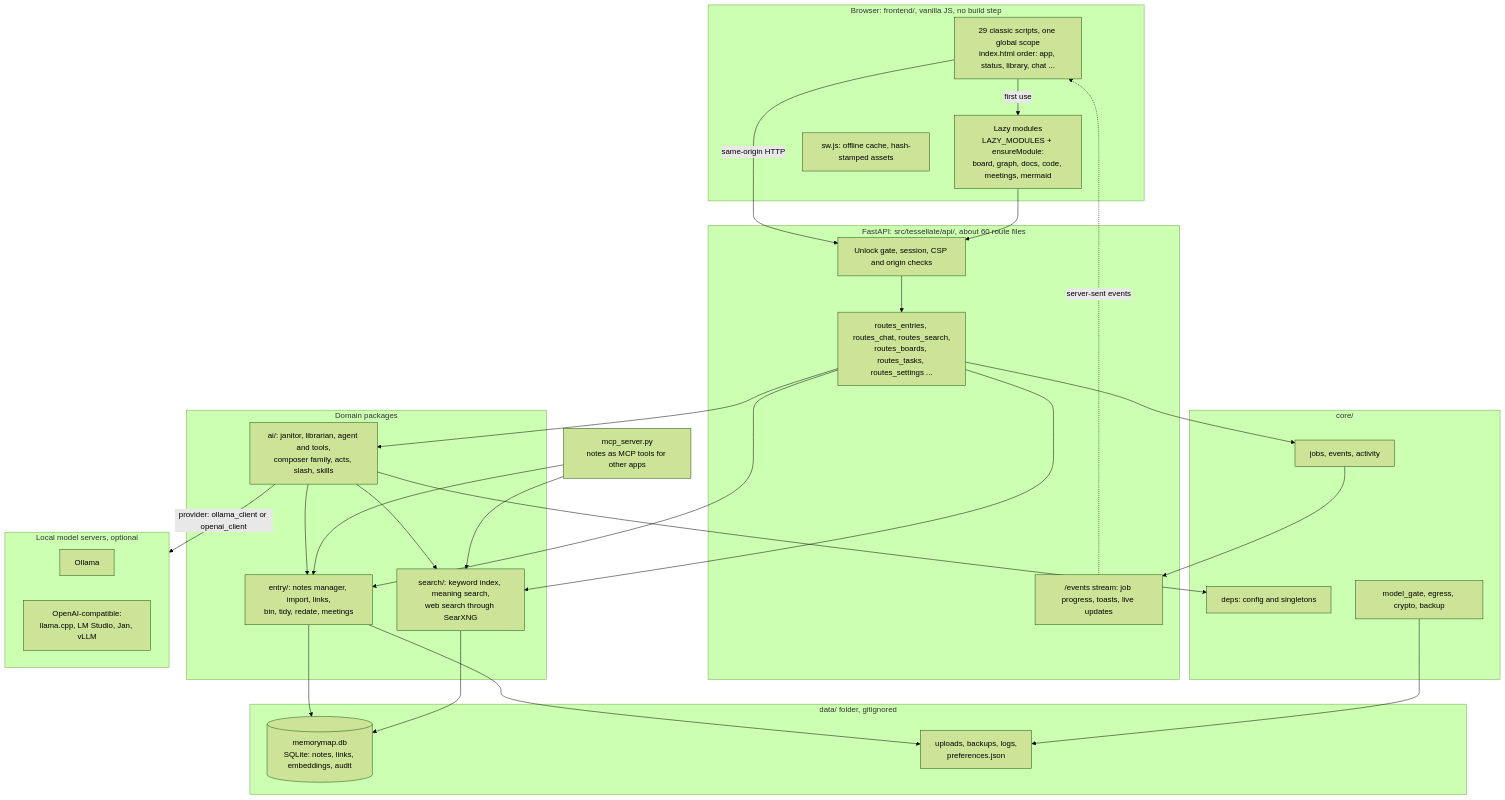
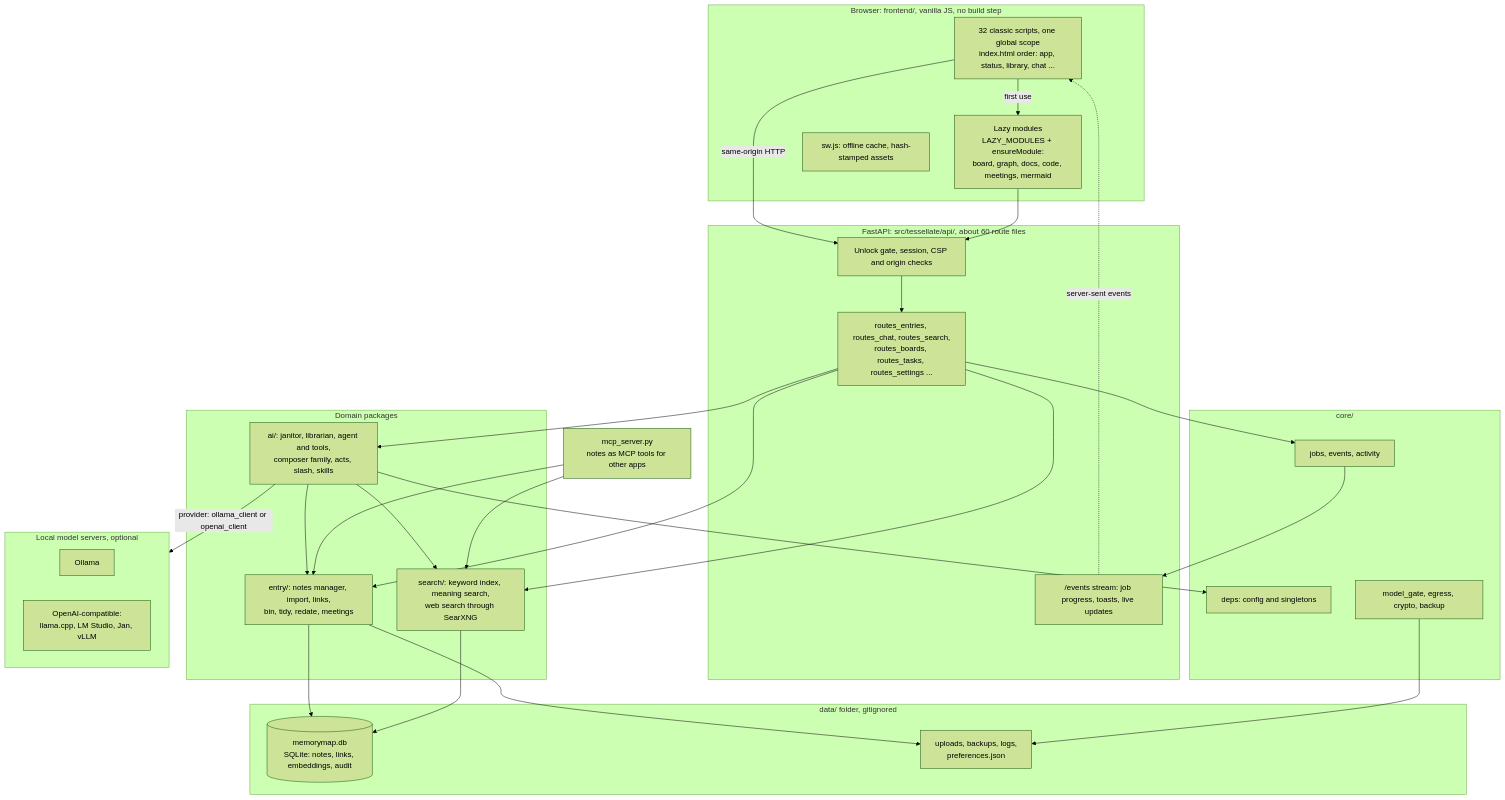
The first of 3 diagrams in docs/ARCHITECTURE.md (Braydenh563/Tessellate), drawn with Mermaid (forest theme) before and after one commit. The commit also changed other lines of this file and 16 other files, not shown here.

````diff
--- a/docs/ARCHITECTURE.md
+++ b/docs/ARCHITECTURE.md
@@ -70,59 +70,59 @@
 ```mermaid
 flowchart TB
   subgraph Browser["Browser: frontend/, vanilla JS, no build step"]
-    Shell["29 classic scripts, one global scope<br/>index.html order: app, status, library, chat ..."]
+    Shell["32 classic scripts, one global scope<br/>index.html order: app, status, library, chat ..."]
     Lazy["Lazy modules<br/>LAZY_MODULES + ensureModule:<br/>board, graph, docs, code, meetings, mermaid"]
     SW["sw.js: offline cache, hash-stamped assets"]
     Shell -- "first use" --> Lazy
   end
 
   subgraph API["FastAPI: src/tessellate/api/, about 60 route files"]
     Gate["Unlock gate, session, CSP and origin checks"]
     Routes["routes_entries, routes_chat, routes_search,<br/>routes_boards, routes_tasks, routes_settings ..."]
     Events["/events stream: job progress, toasts, live updates"]
     Gate --> Routes
   end
 
   subgraph Domain["Domain packages"]
     Entry["entry/: notes manager, import, links,<br/>bin, tidy, redate, meetings"]
     AI["ai/: janitor, librarian, agent and tools,<br/>composer family, acts, slash, skills"]
     Search["search/: keyword index, meaning search,<br/>web search through SearXNG"]
   end
 
   subgraph Core["core/"]
     Deps["deps: config and singletons"]
     Jobs["jobs, events, activity"]
     Gatekeep["model_gate, egress, crypto, backup"]
   end
 
   subgraph Data["data/ folder, gitignored"]
     DB[("memorymap.db<br/>SQLite: notes, links, embeddings, audit")]
     Files["uploads, backups, logs,<br/>preferences.json"]
   end
 
   subgraph Models["Local model servers, optional"]
     Ollama["Ollama"]
     OAI["OpenAI-compatible:<br/>llama.cpp, LM Studio, Jan, vLLM"]
   end
 
   MCP["mcp_server.py<br/>notes as MCP tools for other apps"]
 
   Shell -- "same-origin HTTP" --> Gate
   Lazy --> Gate
   Events -. "server-sent events" .-> Shell
   Routes --> Entry
   Routes --> AI
   Routes --> Search
   AI --> Search
   AI --> Entry
   AI -- "provider: ollama_client or openai_client" --> Models
   Entry --> DB
   Search --> DB
   AI --> Deps
   Routes --> Jobs
   Jobs --> Events
   Entry --> Files
   Gatekeep --> Files
   MCP --> Entry
   MCP --> Search
 ```
````
